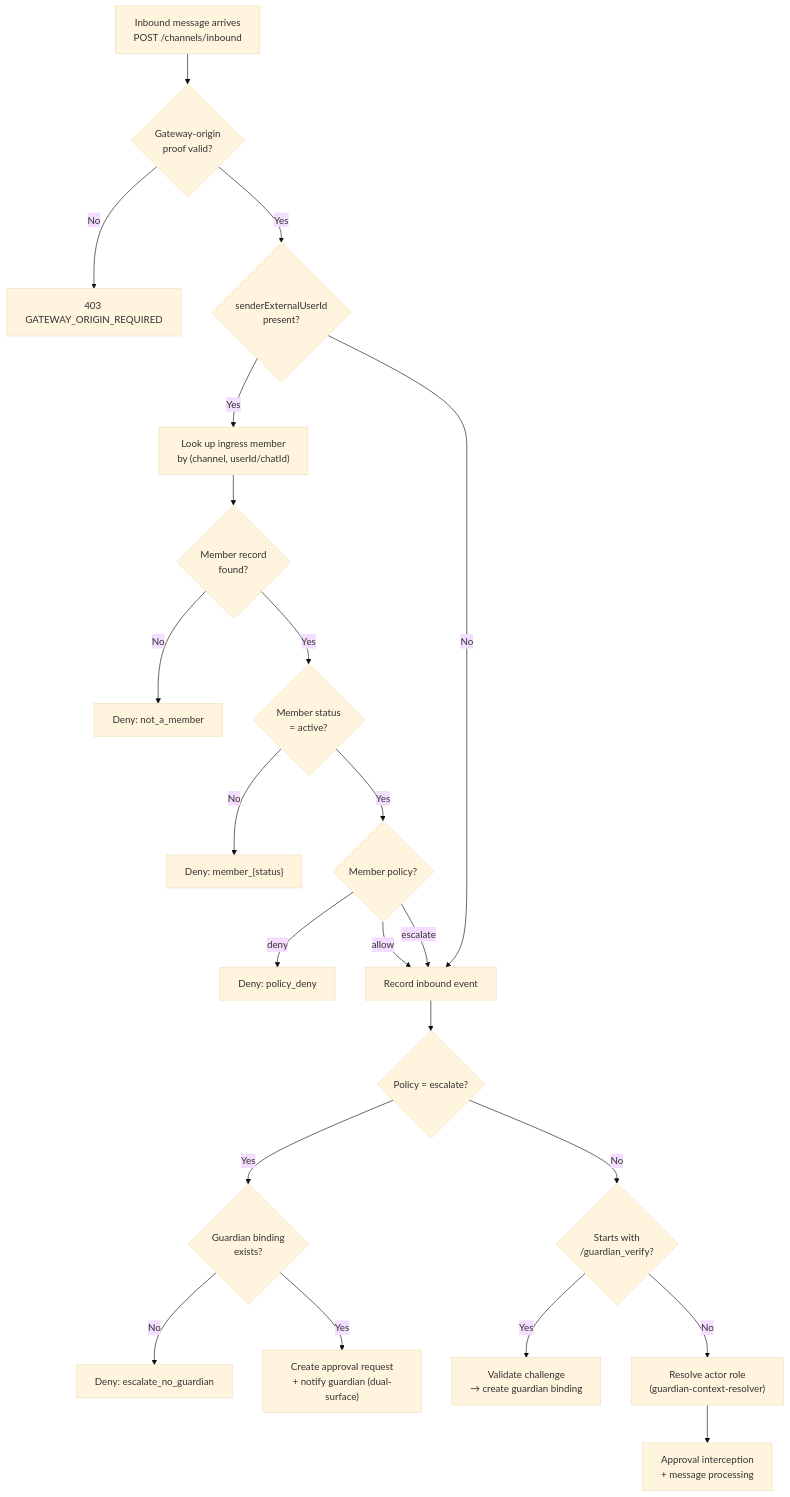
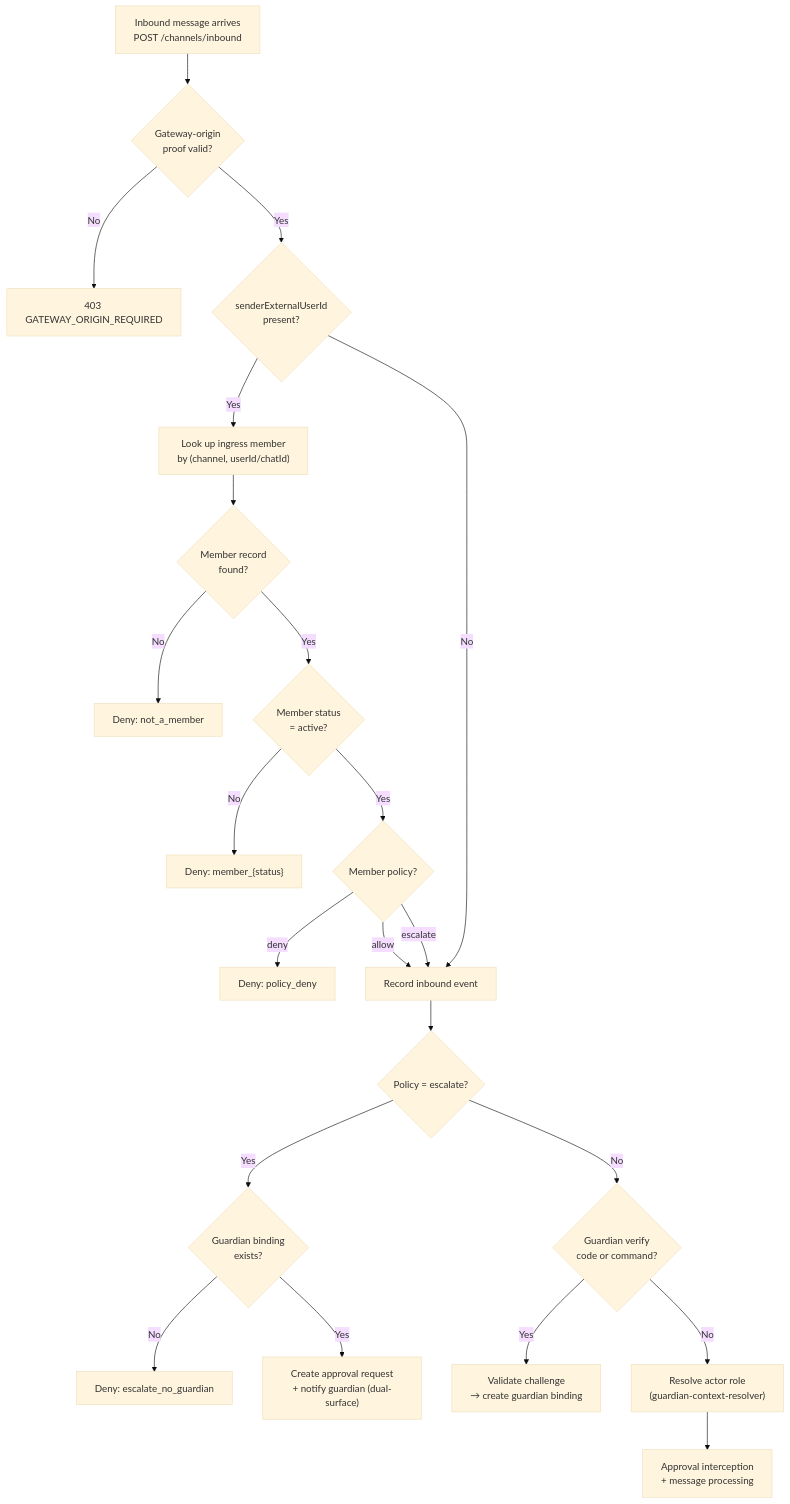
The second of 7 diagrams in gateway/ARCHITECTURE.md (vellum-ai/vellum-assistant), drawn with Mermaid (base theme) before and after one commit. The commit also changed other lines of this file and 10 other files, not shown here.

First line of the commit message:
feat: accept bare verification codes and simplify guardian verify copy

````diff
--- a/gateway/ARCHITECTURE.md
+++ b/gateway/ARCHITECTURE.md
@@ -227,29 +225,29 @@
 ```mermaid
 flowchart TD
     MSG["Inbound message arrives<br/>POST /channels/inbound"] --> GW_CHECK{"Gateway-origin<br/>proof valid?"}
     GW_CHECK -- No --> REJECT_403["403 GATEWAY_ORIGIN_REQUIRED"]
     GW_CHECK -- Yes --> HAS_SENDER{"senderExternalUserId<br/>present?"}
 
     HAS_SENDER -- Yes --> ACL_LOOKUP["Look up ingress member<br/>by (channel, userId/chatId)"]
     HAS_SENDER -- No --> RECORD["Record inbound event"]
 
     ACL_LOOKUP --> HAS_MEMBER{"Member record<br/>found?"}
     HAS_MEMBER -- No --> DENY_MEMBER["Deny: not_a_member"]
     HAS_MEMBER -- Yes --> STATUS_CHECK{"Member status<br/>= active?"}
     STATUS_CHECK -- No --> DENY_STATUS["Deny: member_{status}"]
     STATUS_CHECK -- Yes --> POLICY_CHECK{"Member policy?"}
 
     POLICY_CHECK -- deny --> DENY_POLICY["Deny: policy_deny"]
     POLICY_CHECK -- allow --> RECORD
     POLICY_CHECK -- escalate --> RECORD
 
     RECORD --> ESCALATE_CHECK{"Policy = escalate?"}
     ESCALATE_CHECK -- Yes --> HAS_BINDING{"Guardian binding<br/>exists?"}
     HAS_BINDING -- No --> DENY_ESCALATE["Deny: escalate_no_guardian"]
     HAS_BINDING -- Yes --> CREATE_APPROVAL["Create approval request<br/>+ notify guardian (dual-surface)"]
 
-    ESCALATE_CHECK -- No --> VERIFY_CHECK{"Starts with<br/>/guardian_verify?"}
+    ESCALATE_CHECK -- No --> VERIFY_CHECK{"Guardian verify<br/>code or command?"}
     VERIFY_CHECK -- Yes --> VERIFY["Validate challenge<br/>→ create guardian binding"]
     VERIFY_CHECK -- No --> ROLE_RESOLVE["Resolve actor role<br/>(guardian-context-resolver)"]
     ROLE_RESOLVE --> APPROVAL_INTERCEPT["Approval interception<br/>+ message processing"]
 ```
````
